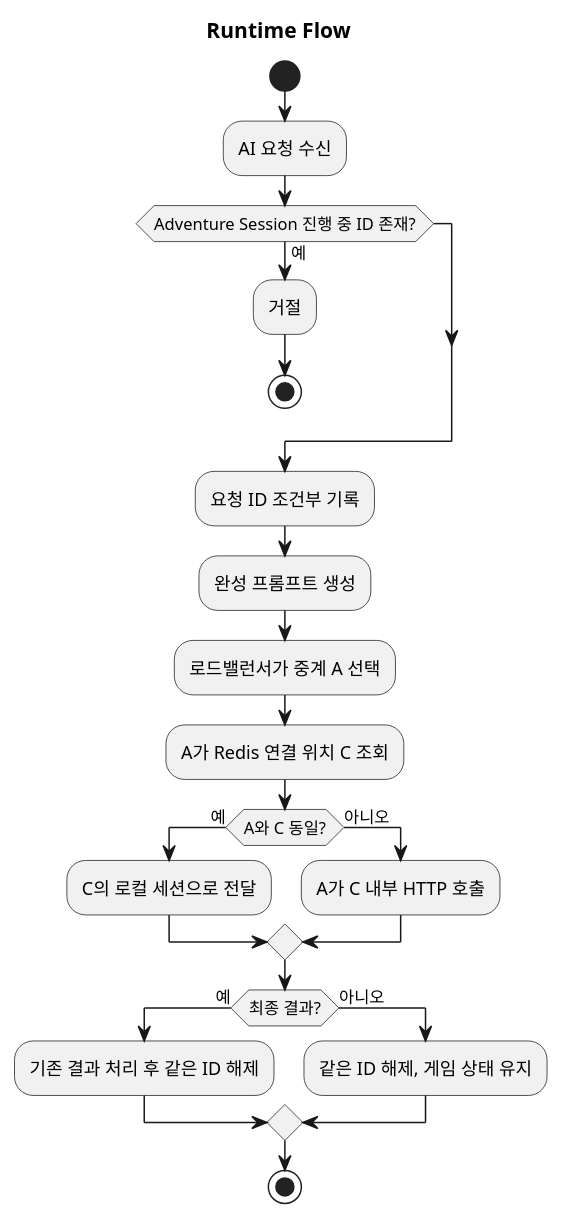
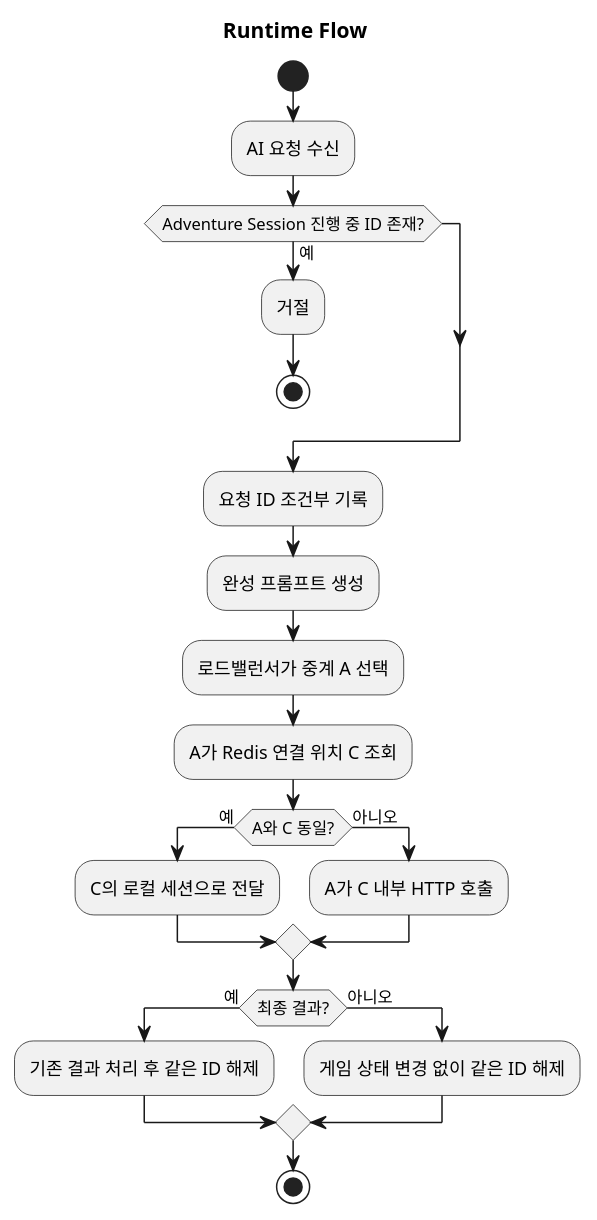
The seventh of 8 diagrams in docs/specs/remote-codex-agent-port/architecture-spec.md (omegafrog/dnd-master), drawn with PlantUML before and after one commit. The commit also changed other lines of this file and 17 other files, not shown here.

````diff
--- a/docs/specs/remote-codex-agent-port/architecture-spec.md
+++ b/docs/specs/remote-codex-agent-port/architecture-spec.md
@@ -594,26 +594,26 @@
 ```plantuml
 @startuml
 title Runtime Flow
 start
 :AI 요청 수신;
 if (Adventure Session 진행 중 ID 존재?) then (예)
   :거절;
   stop
 endif
 :요청 ID 조건부 기록;
 :완성 프롬프트 생성;
 :로드밸런서가 중계 A 선택;
 :A가 Redis 연결 위치 C 조회;
 if (A와 C 동일?) then (예)
   :C의 로컬 세션으로 전달;
 else (아니오)
   :A가 C 내부 HTTP 호출;
 endif
 if (최종 결과?) then (예)
   :기존 결과 처리 후 같은 ID 해제;
 else (아니오)
-  :같은 ID 해제, 게임 상태 유지;
+  :게임 상태 변경 없이 같은 ID 해제;
 endif
 stop
 @enduml
 ```
````
